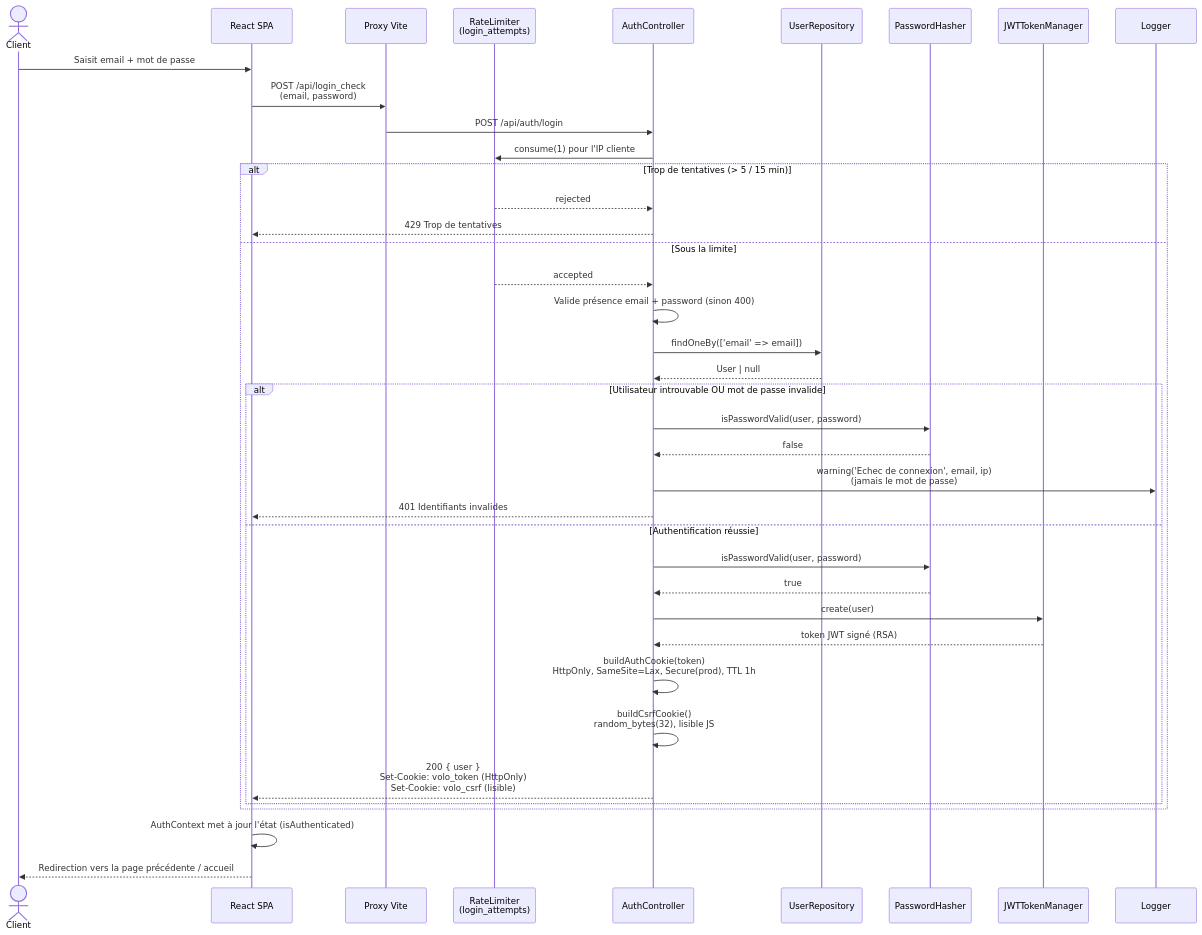
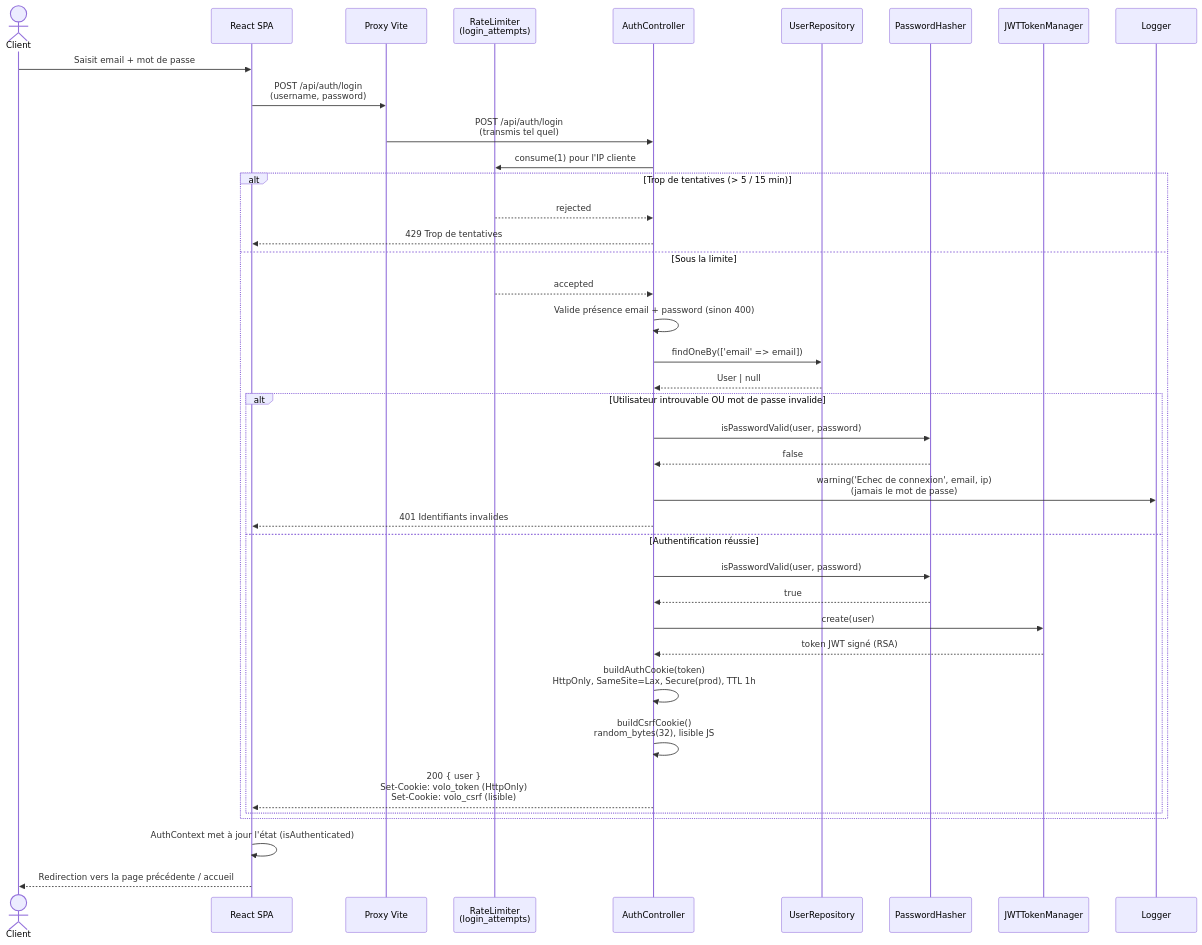
The second of 3 diagrams in docs/DIAGRAMME_CAS_UTILISATION.md (Majin-M/Volo), drawn with Mermaid before and after one commit. The commit also changed 22 other files, not shown here.

````diff
--- a/docs/DIAGRAMME_CAS_UTILISATION.md
+++ b/docs/DIAGRAMME_CAS_UTILISATION.md
@@ -96,45 +96,45 @@
 ```mermaid
 sequenceDiagram
     actor Client
     participant React as React SPA
     participant Proxy as Proxy Vite
     participant Limiter as RateLimiter<br/>(login_attempts)
     participant Auth as AuthController
     participant UserRepo as UserRepository
     participant Hasher as PasswordHasher
     participant JWT as JWTTokenManager
     participant Logger
 
     Client->>React: Saisit email + mot de passe
-    React->>Proxy: POST /api/login_check<br/>(email, password)
-    Proxy->>Auth: POST /api/auth/login
+    React->>Proxy: POST /api/auth/login<br/>(username, password)
+    Proxy->>Auth: POST /api/auth/login<br/>(transmis tel quel)
 
     Auth->>Limiter: consume(1) pour l'IP cliente
     alt Trop de tentatives (> 5 / 15 min)
         Limiter-->>Auth: rejected
         Auth-->>React: 429 Trop de tentatives
     else Sous la limite
         Limiter-->>Auth: accepted
         Auth->>Auth: Valide présence email + password (sinon 400)
         Auth->>UserRepo: findOneBy(['email' => email])
         UserRepo-->>Auth: User | null
 
         alt Utilisateur introuvable OU mot de passe invalide
             Auth->>Hasher: isPasswordValid(user, password)
             Hasher-->>Auth: false
             Auth->>Logger: warning('Echec de connexion', email, ip)<br/>(jamais le mot de passe)
             Auth-->>React: 401 Identifiants invalides
         else Authentification réussie
             Auth->>Hasher: isPasswordValid(user, password)
             Hasher-->>Auth: true
             Auth->>JWT: create(user)
             JWT-->>Auth: token JWT signé (RSA)
             Auth->>Auth: buildAuthCookie(token)<br/>HttpOnly, SameSite=Lax, Secure(prod), TTL 1h
             Auth->>Auth: buildCsrfCookie()<br/>random_bytes(32), lisible JS
             Auth-->>React: 200 { user }<br/>Set-Cookie: volo_token (HttpOnly)<br/>Set-Cookie: volo_csrf (lisible)
         end
     end
 
     React->>React: AuthContext met à jour l'état (isAuthenticated)
     React-->>Client: Redirection vers la page précédente / accueil
 ```
````
